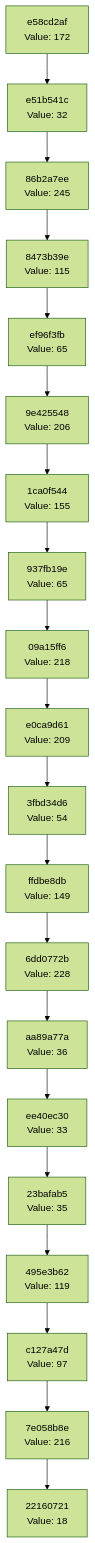
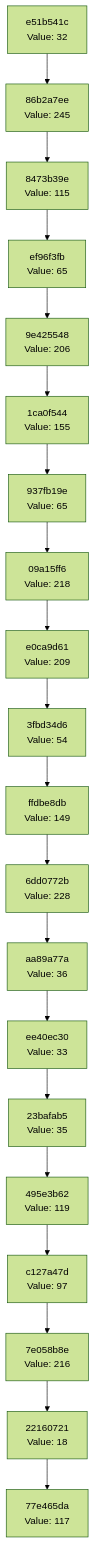
One commit to Abhisheksinha1506/hash-chain-evolver changed the diagram in docs/CHAIN_VISUALIZATION.md. Above: the diagram before and after it, drawn with Mermaid (forest theme). The commit also changed 2 other files, not shown here.

Commit message:
Evolution step: hash 0x75 → action executed

````diff
--- a/docs/CHAIN_VISUALIZATION.md
+++ b/docs/CHAIN_VISUALIZATION.md
@@ -3,42 +3,42 @@
 ```mermaid
 graph TD
-    C0["22160721<br/>Value: 18"]
-    C1["7e058b8e<br/>Value: 216"]
+    C0["77e465da<br/>Value: 117"]
+    C1["22160721<br/>Value: 18"]
     C1 --> C0
-    C2["c127a47d<br/>Value: 97"]
+    C2["7e058b8e<br/>Value: 216"]
     C2 --> C1
-    C3["495e3b62<br/>Value: 119"]
+    C3["c127a47d<br/>Value: 97"]
     C3 --> C2
-    C4["23bafab5<br/>Value: 35"]
+    C4["495e3b62<br/>Value: 119"]
     C4 --> C3
-    C5["ee40ec30<br/>Value: 33"]
+    C5["23bafab5<br/>Value: 35"]
     C5 --> C4
-    C6["aa89a77a<br/>Value: 36"]
+    C6["ee40ec30<br/>Value: 33"]
     C6 --> C5
-    C7["6dd0772b<br/>Value: 228"]
+    C7["aa89a77a<br/>Value: 36"]
     C7 --> C6
-    C8["ffdbe8db<br/>Value: 149"]
+    C8["6dd0772b<br/>Value: 228"]
     C8 --> C7
-    C9["3fbd34d6<br/>Value: 54"]
+    C9["ffdbe8db<br/>Value: 149"]
     C9 --> C8
-    C10["e0ca9d61<br/>Value: 209"]
+    C10["3fbd34d6<br/>Value: 54"]
     C10 --> C9
-    C11["09a15ff6<br/>Value: 218"]
+    C11["e0ca9d61<br/>Value: 209"]
     C11 --> C10
-    C12["937fb19e<br/>Value: 65"]
+    C12["09a15ff6<br/>Value: 218"]
     C12 --> C11
-    C13["1ca0f544<br/>Value: 155"]
+    C13["937fb19e<br/>Value: 65"]
     C13 --> C12
-    C14["9e425548<br/>Value: 206"]
+    C14["1ca0f544<br/>Value: 155"]
     C14 --> C13
-    C15["ef96f3fb<br/>Value: 65"]
+    C15["9e425548<br/>Value: 206"]
     C15 --> C14
-    C16["8473b39e<br/>Value: 115"]
+    C16["ef96f3fb<br/>Value: 65"]
     C16 --> C15
-    C17["86b2a7ee<br/>Value: 245"]
+    C17["8473b39e<br/>Value: 115"]
     C17 --> C16
-    C18["e51b541c<br/>Value: 32"]
+    C18["86b2a7ee<br/>Value: 245"]
     C18 --> C17
-    C19["e58cd2af<br/>Value: 172"]
+    C19["e51b541c<br/>Value: 32"]
     C19 --> C18
 ```
````
